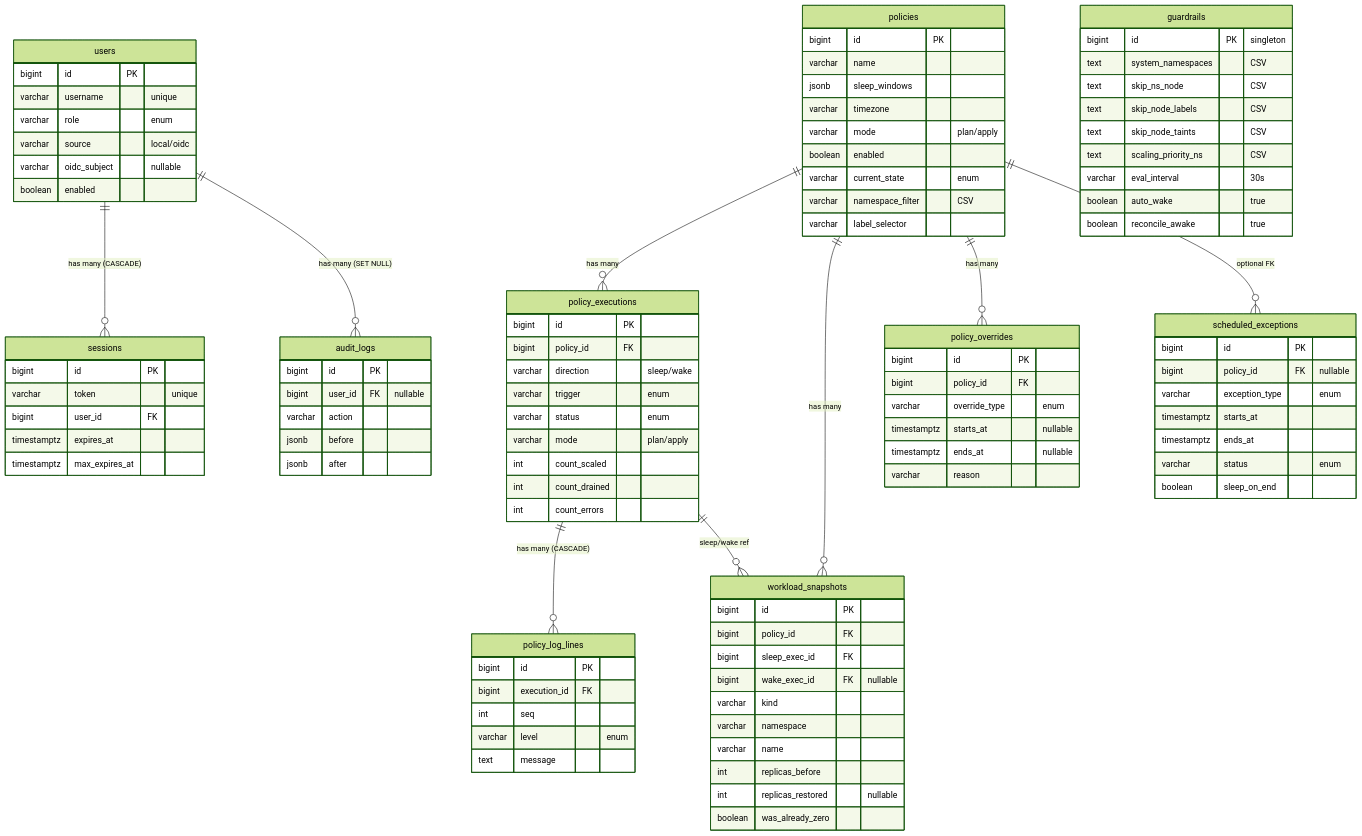
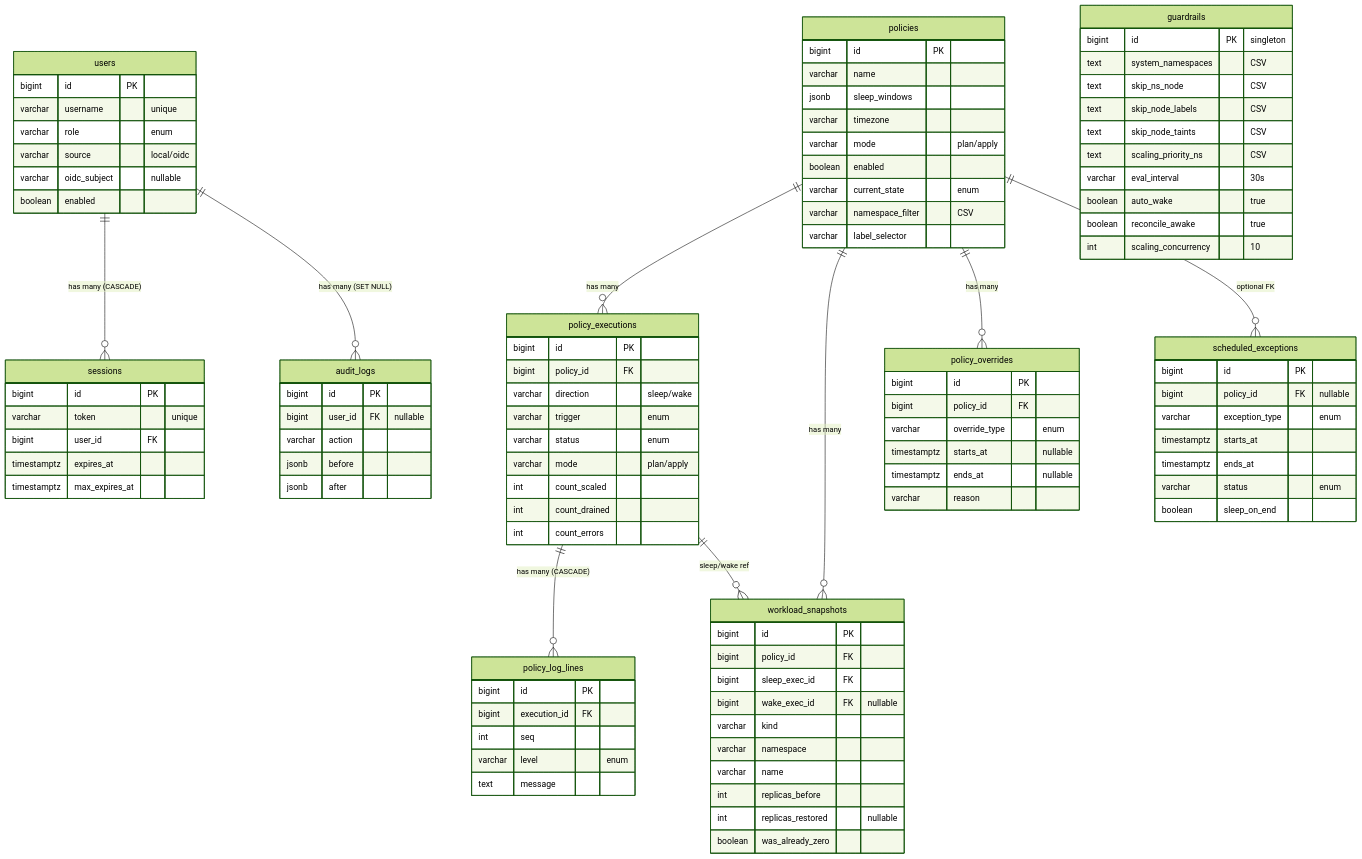
One commit to MacXsimilian/kube-phoenix changed the second of 2 diagrams in ARCHITECTURE.md. Above: the diagram before and after it, drawn with Mermaid (forest theme). The commit also changed other lines of this file and 4 other files, not shown here.

```diff
--- a/ARCHITECTURE.md
+++ b/ARCHITECTURE.md
@@ -237,6 +237,7 @@
         varchar eval_interval "30s"
         boolean auto_wake "true"
         boolean reconcile_awake "true"
+        int scaling_concurrency "10"
     }
 
     users {
```
